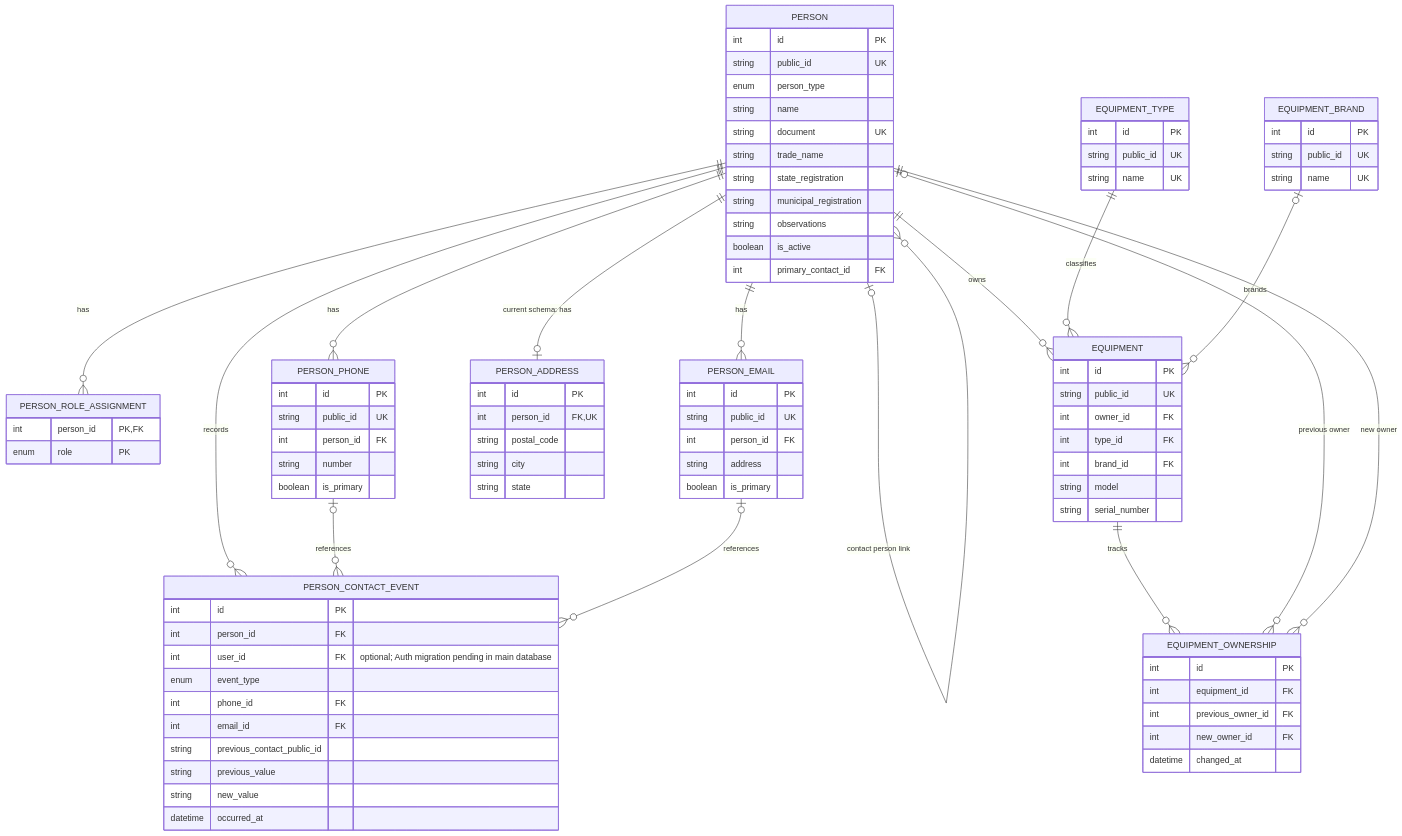
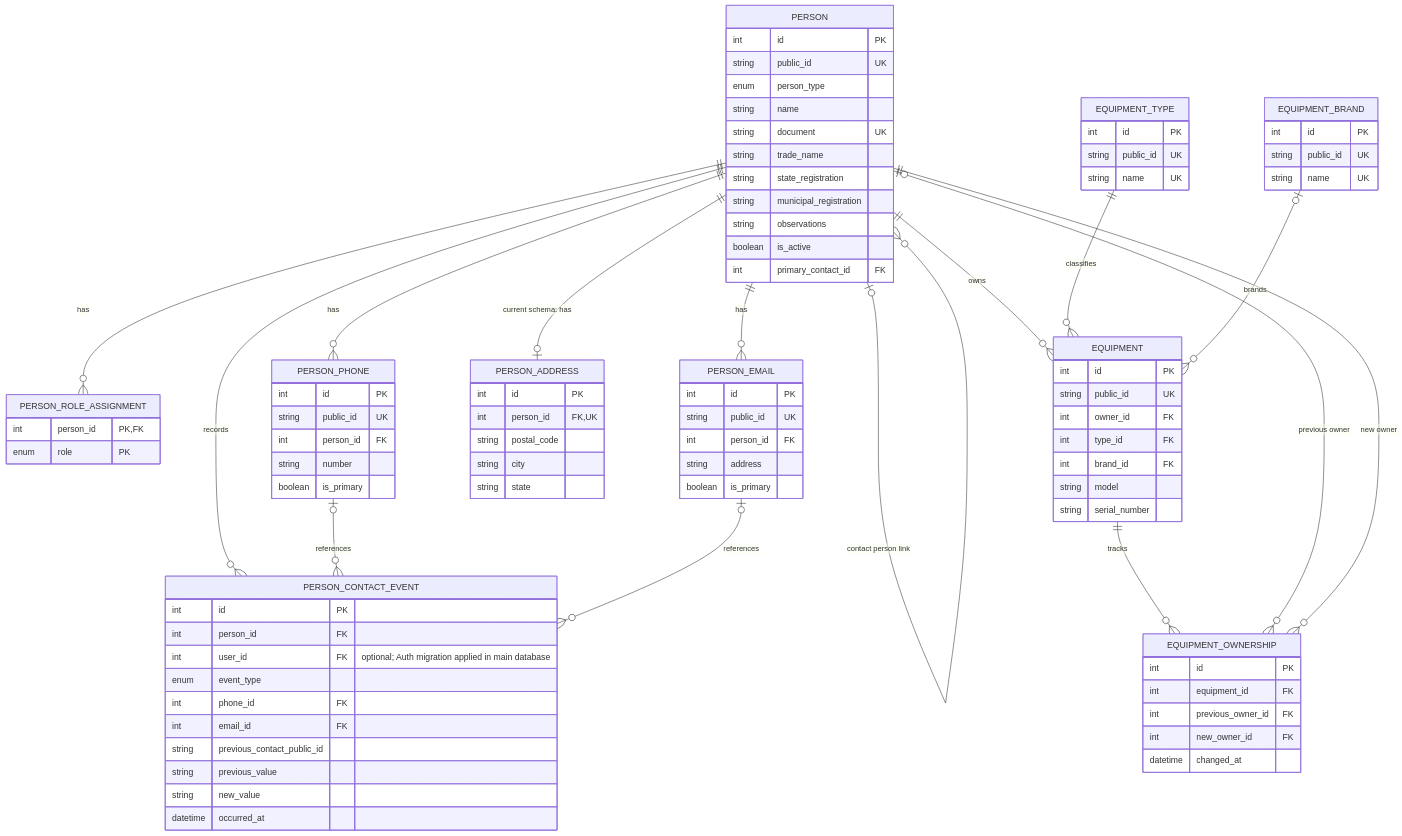
Before and after one commit to Noteduke/SistemaGestorOS: the first of 2 diagrams in docs/modelagem/Diagrama-Entidades.md, drawn with Mermaid. The commit also changed other lines of this file and 37 other files, not shown here.

```diff
--- a/docs/modelagem/Diagrama-Entidades.md
+++ b/docs/modelagem/Diagrama-Entidades.md
@@ -65,7 +65,7 @@
   PERSON_CONTACT_EVENT {
     int id PK
     int person_id FK
-    int user_id FK "optional; Auth migration pending in main database"
+    int user_id FK "optional; Auth migration applied in main database"
     enum event_type
     int phone_id FK
     int email_id FK
```
